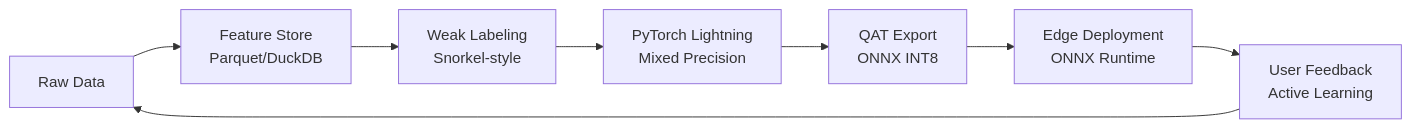
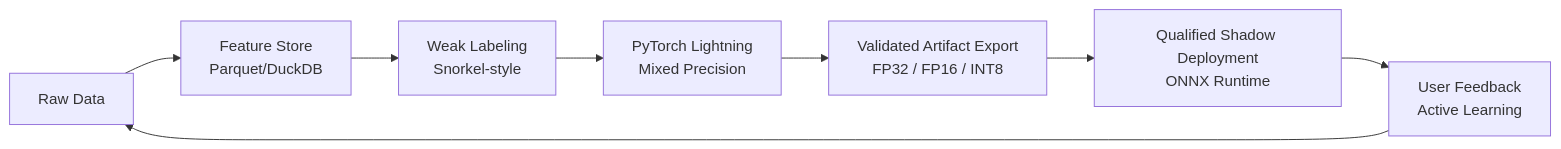
Before and after one commit to ibrahimshahid1/Achernar.tech: the second of 2 diagrams in README.md, drawn with Mermaid. The commit also changed other lines of this file and 360 other files, not shown here.

Commit message:
Fixes: COC Model Implementation, Wired COC model onnx export to rust dameon

````diff
--- a/README.md
+++ b/README.md
@@ -379,10 +402,10 @@
 ```mermaid
 graph LR
     A[Raw Data] --> B[Feature Store<br/>Parquet/DuckDB]
     B --> C[Weak Labeling<br/>Snorkel-style]
     C --> D[PyTorch Lightning<br/>Mixed Precision]
-    D --> E[QAT Export<br/>ONNX INT8]
-    E --> F[Edge Deployment<br/>ONNX Runtime]
+    D --> E[Validated Artifact Export<br/>FP32 / FP16 / INT8]
+    E --> F[Qualified Shadow Deployment<br/>ONNX Runtime]
     F --> G[User Feedback<br/>Active Learning]
     G --> A
 ```
````
